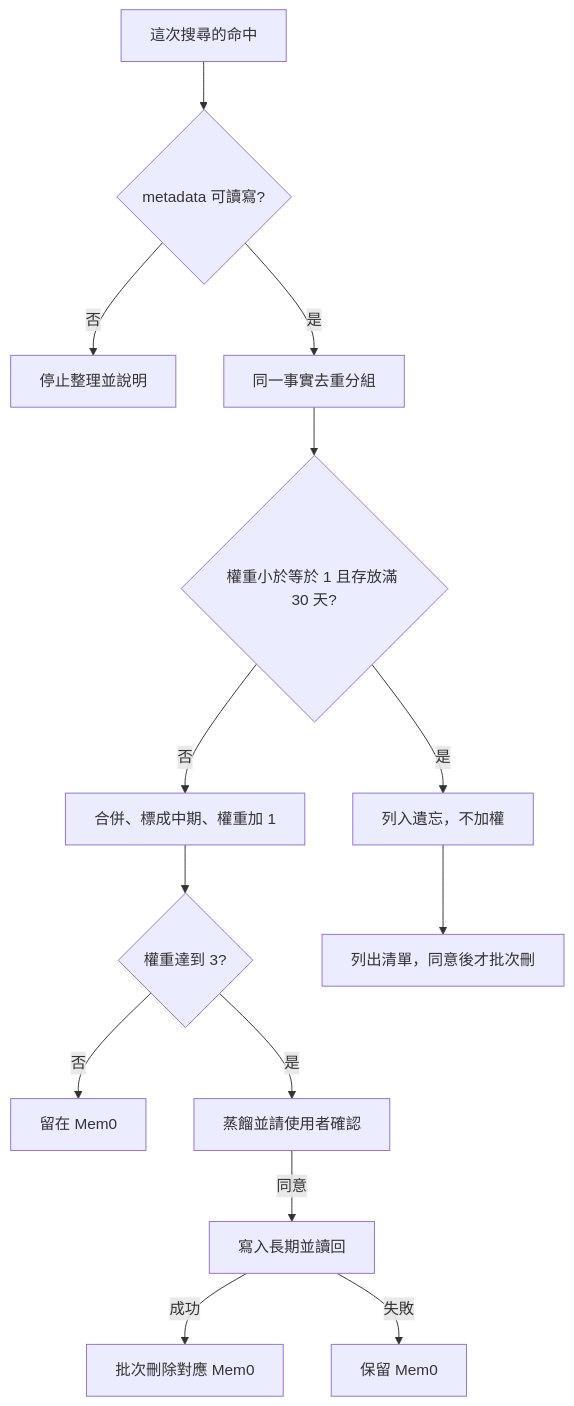
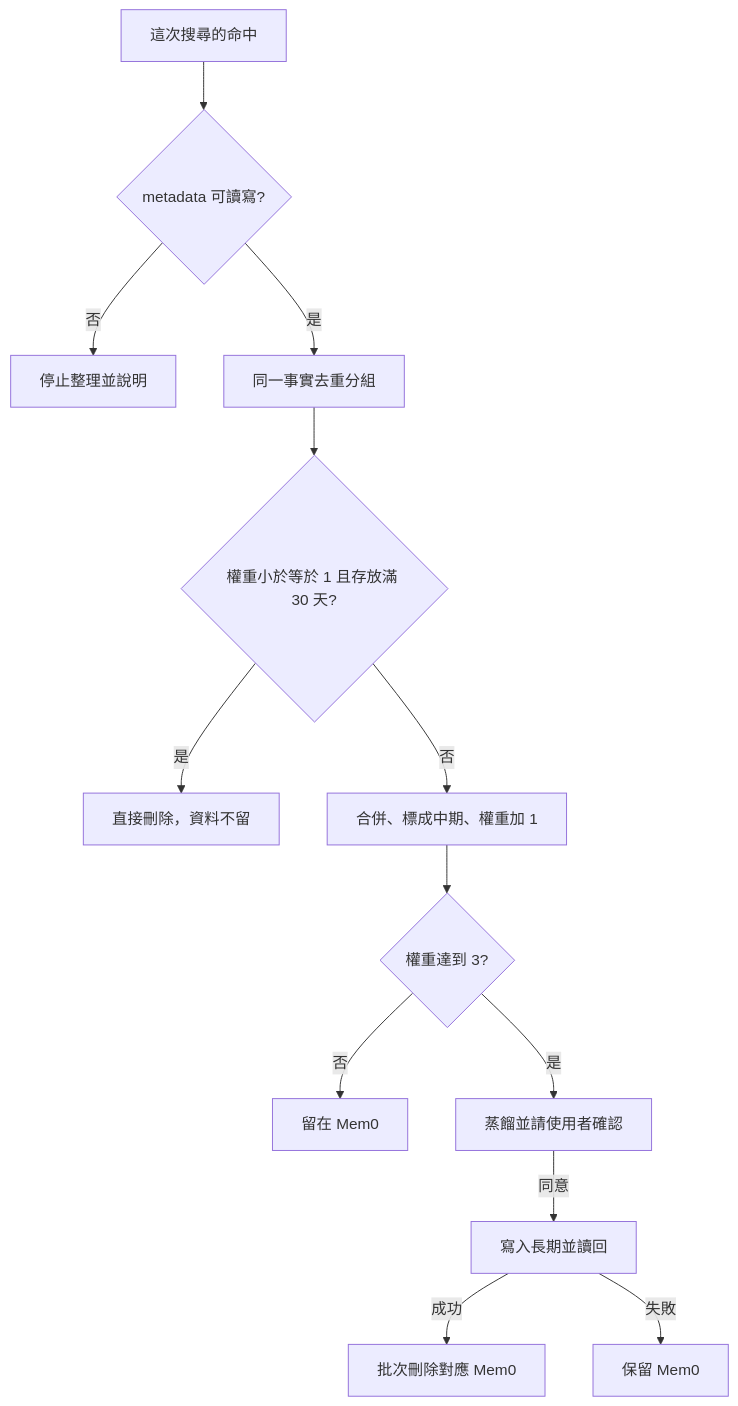
The diagram in .cursor/skills/my-memory-consolidate/SKILL.md (VECTOR-COOL/my-agent-toolkit), drawn with Mermaid before and after one commit. The commit also changed other lines of this file and 23 other files, not shown here.

````diff
--- a/.cursor/skills/my-memory-consolidate/SKILL.md
+++ b/.cursor/skills/my-memory-consolidate/SKILL.md
@@ -10,16 +10,15 @@
 ```mermaid
 graph TD
   Hit[這次搜尋的命中] --> Meta{metadata 可讀寫?}
   Meta -->|否| Stop[停止整理並說明]
   Meta -->|是| Group[同一事實去重分組]
   Group --> Old{權重小於等於 1 且存放滿 30 天?}
-  Old -->|是| Forget[列入遺忘，不加權]
+  Old -->|是| Forget[直接刪除，資料不留]
   Old -->|否| Mid[合併、標成中期、權重加 1]
   Mid --> High{權重達到 3?}
   High -->|否| Stay[留在 Mem0]
   High -->|是| Ask[蒸餾並請使用者確認]
   Ask -->|同意| Perm[寫入長期並讀回]
   Perm -->|成功| Del[批次刪除對應 Mem0]
   Perm -->|失敗| Keep[保留 Mem0]
-  Forget --> Wait[列出清單，同意後才批次刪]
 ```
````
